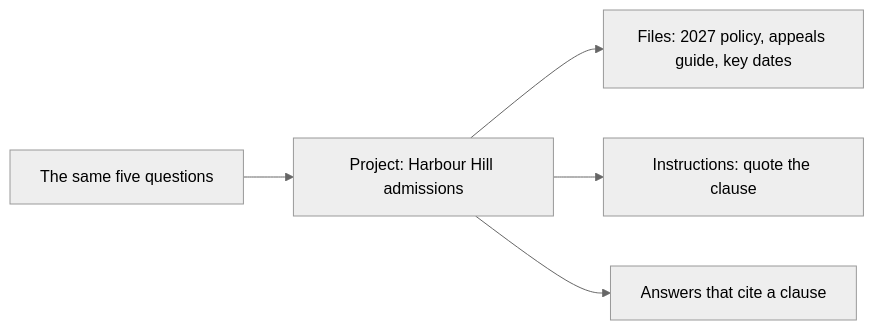
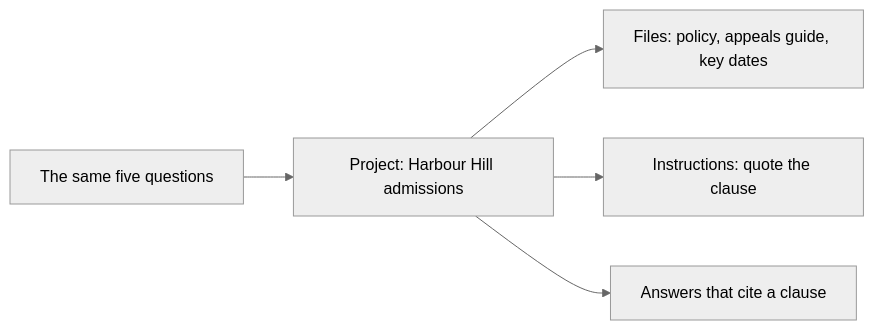
The diagram in parts/03-give-it-the-policy/02-load-the-policy-project/problem/README.md (learnwithparam/ai-engineering-for-everyone), drawn with Mermaid (neutral theme) before and after one commit. The commit also changed other lines of this file and 176 other files, not shown here.

````diff
--- a/parts/03-give-it-the-policy/02-load-the-policy-project/problem/README.md
+++ b/parts/03-give-it-the-policy/02-load-the-policy-project/problem/README.md
@@ -11,7 +7,7 @@
 ```mermaid
 flowchart LR
-  P[Project: Harbour Hill admissions] --> K[Files: 2027 policy, appeals guide, key dates]
+  P[Project: Harbour Hill admissions] --> K[Files: policy, appeals guide, key dates]
   P --> I[Instructions: quote the clause]
   Q[The same five questions] --> P
   P --> A[Answers that cite a clause]
 ```
````
